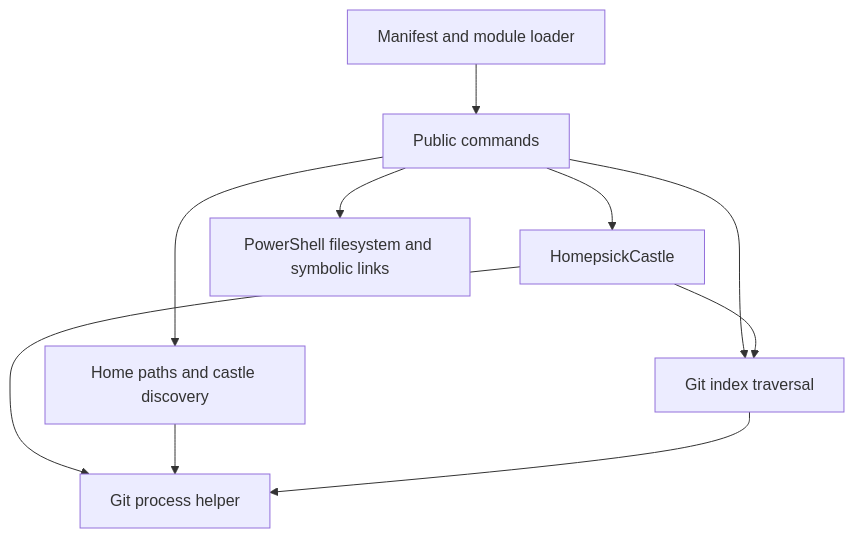
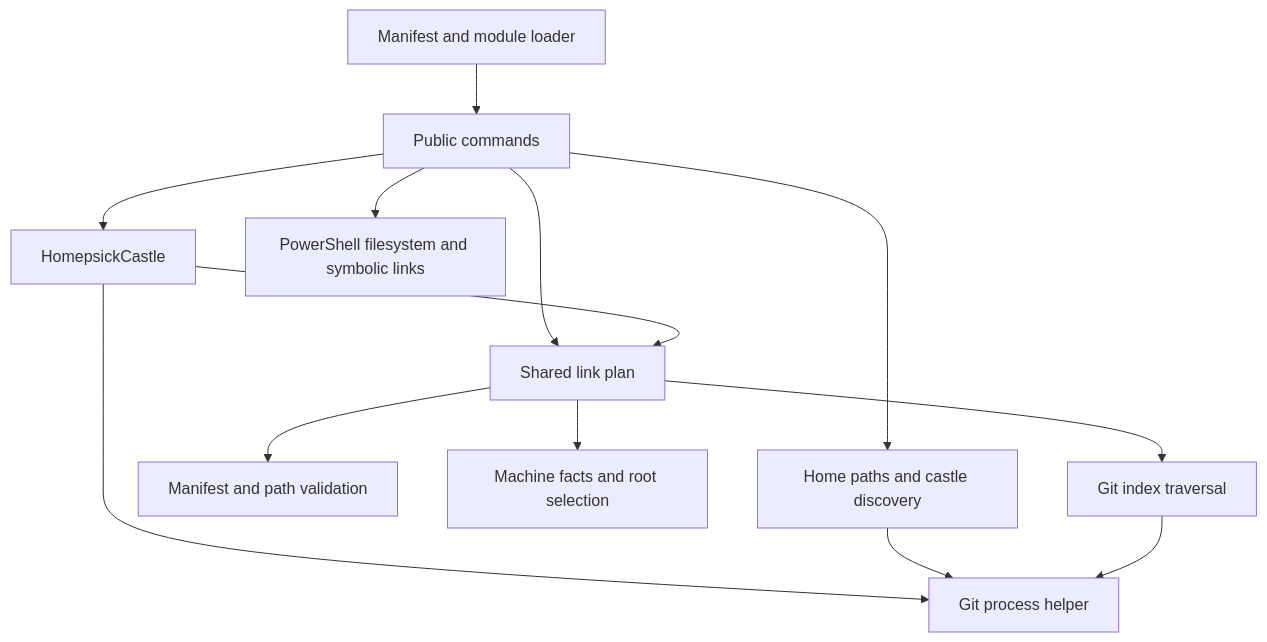
The diagram in docs/development.md (KitKat31337/homepsick), drawn with Mermaid before and after one commit. The commit also changed other lines of this file and 10 other files, not shown here.

````diff
--- a/docs/development.md
+++ b/docs/development.md
@@ -32,12 +33,15 @@
 ```mermaid
 flowchart TD
     Manifest[Manifest and module loader] --> Public[Public commands]
     Public --> Castle[HomepsickCastle]
     Public --> Discovery[Home paths and castle discovery]
-    Public --> Tracked[Git index traversal]
-    Castle --> Tracked
+    Public --> Plan[Shared link plan]
+    Castle --> Plan
     Castle --> Git[Git process helper]
     Discovery --> Git
+    Plan --> Validation[Manifest and path validation]
+    Plan --> Facts[Machine facts and root selection]
+    Plan --> Tracked[Git index traversal]
     Tracked --> Git
     Public --> Links[PowerShell filesystem and symbolic links]
 ```
````
